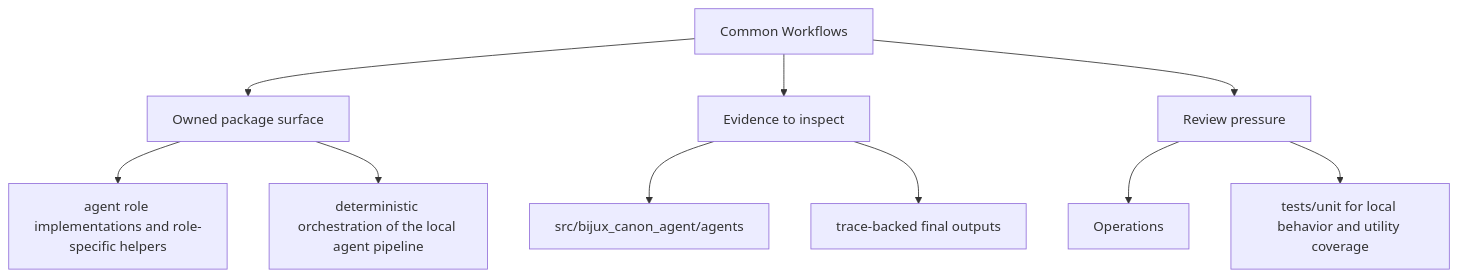
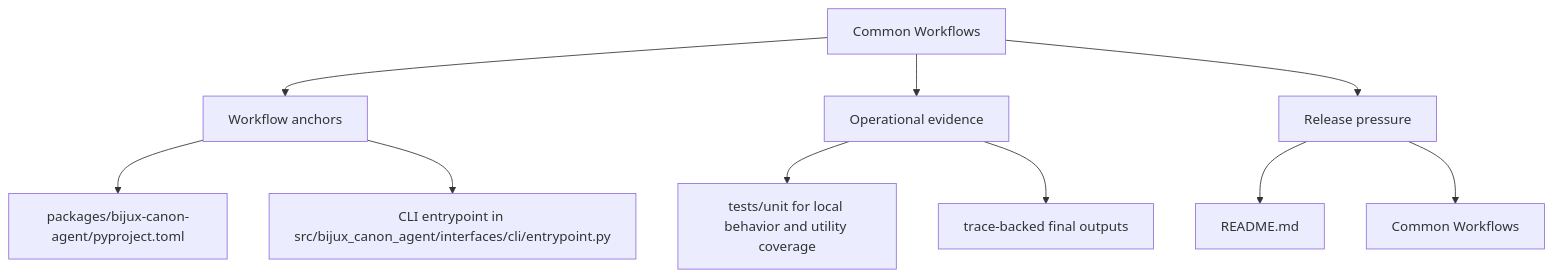
One commit to bijux/bijux-canon changed the second of 2 diagrams in docs/bijux-canon-agent/operations/common-workflows.md. Above: the diagram before and after it, drawn with Mermaid. The commit also changed other lines of this file and 250 other files, not shown here.

Commit message:
docs(diagrams): make product page maps more readable

````diff
--- a/docs/bijux-canon-agent/operations/common-workflows.md
+++ b/docs/bijux-canon-agent/operations/common-workflows.md
@@ -34,22 +34,22 @@
 ```mermaid
 flowchart TD
     page["Common Workflows"]
-    focus1["Owned package surface"]
+    focus1["Workflow anchors"]
     page --> focus1
-    focus1_1["agent role implementations and role-specific helpers"]
+    focus1_1["packages/bijux-canon-agent/pyproject.toml"]
     focus1 --> focus1_1
-    focus1_2["deterministic orchestration of the local agent pipeline"]
+    focus1_2["CLI entrypoint in src/bijux_canon_agent/interfaces/cli/entrypoint.py"]
     focus1 --> focus1_2
-    focus2["Evidence to inspect"]
+    focus2["Operational evidence"]
     page --> focus2
-    focus2_1["src/bijux_canon_agent/agents"]
+    focus2_1["tests/unit for local behavior and utility coverage"]
     focus2 --> focus2_1
     focus2_2["trace-backed final outputs"]
     focus2 --> focus2_2
-    focus3["Review pressure"]
+    focus3["Release pressure"]
     page --> focus3
-    focus3_1["Operations"]
+    focus3_1["README.md"]
     focus3 --> focus3_1
-    focus3_2["tests/unit for local behavior and utility coverage"]
+    focus3_2["Common Workflows"]
     focus3 --> focus3_2
 ```
````
